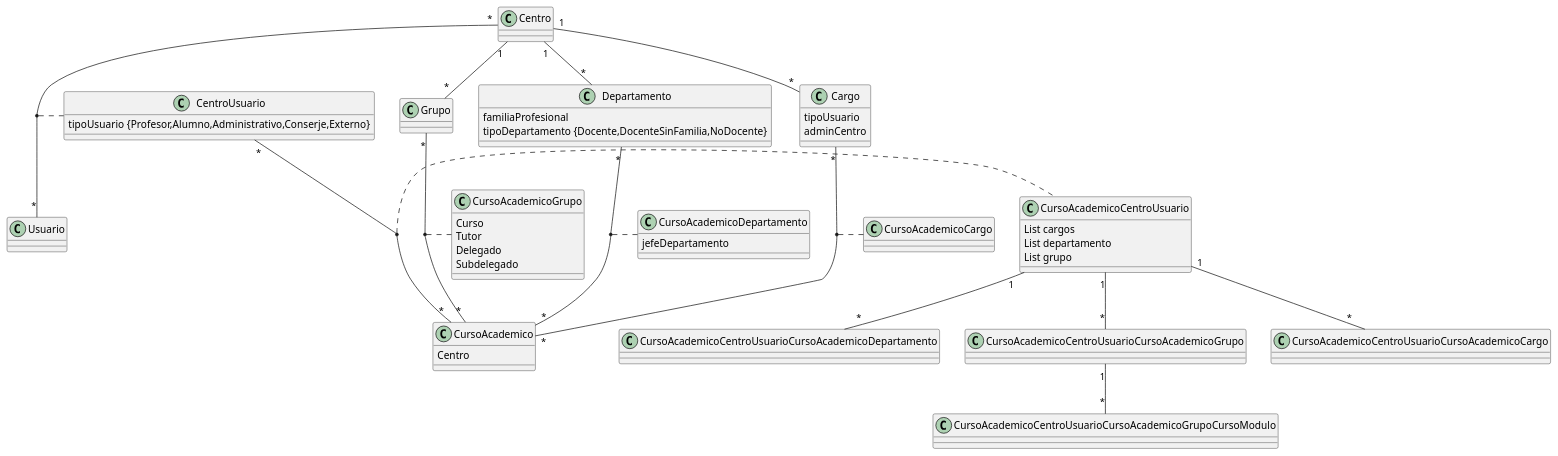
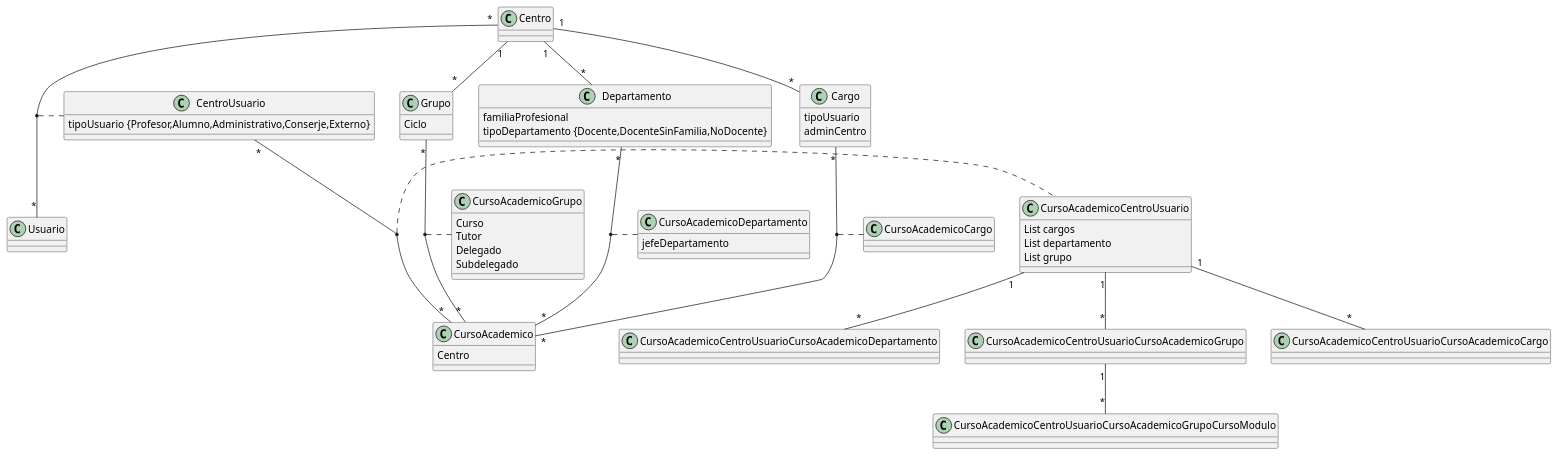
One commit to educaflow/pruebasCesar changed the diagram in src/main/java/com/educaflow/apps/configuracioncentro/domain/tablas.plantuml. Above: the diagram before and after it, drawn with PlantUML. The commit also changed 49 other files, not shown here.

```diff
--- a/src/main/java/com/educaflow/apps/configuracioncentro/domain/tablas.plantuml
+++ b/src/main/java/com/educaflow/apps/configuracioncentro/domain/tablas.plantuml
@@ -1,68 +1,68 @@
 Centro "1" -- "*" Departamento
 Centro "1" -- "*" Cargo
 Centro "1" -- "*" Grupo
 Centro "*" -- "*" Usuario
 (Centro, Usuario) . CentroUsuario
 
 
 Departamento "*" -- "*" CursoAcademico
 (Departamento, CursoAcademico) . CursoAcademicoDepartamento
 
 
 Cargo "*" -- "*" CursoAcademico
 (Cargo, CursoAcademico) . CursoAcademicoCargo
 
 
 Grupo "*" -- "*" CursoAcademico
 (Grupo, CursoAcademico) . CursoAcademicoGrupo
 
 CentroUsuario "*" -- "*" CursoAcademico
 (CentroUsuario, CursoAcademico) . CursoAcademicoCentroUsuario
 
 class CentroUsuario {
     tipoUsuario {Profesor,Alumno,Administrativo,Conserje,Externo}
 }
 
 class Cargo {
     tipoUsuario
     adminCentro
 }
 
 class Departamento {
     familiaProfesional
     tipoDepartamento {Docente,DocenteSinFamilia,NoDocente}
 }
 
 class CursoAcademico {
   Centro
 }
 
 class CursoAcademicoGrupo {
   Curso
   Tutor
   Delegado
   Subdelegado
 }
 
 class Grupo {
-
+  Ciclo
 }
 
 
 class CursoAcademicoDepartamento {
     jefeDepartamento
 }
 
 class CursoAcademicoCentroUsuario {
     List cargos
     List departamento
     List grupo
 }
 
 CursoAcademicoCentroUsuario "1" -- "*" CursoAcademicoCentroUsuarioCursoAcademicoCargo
 
 CursoAcademicoCentroUsuario "1" -- "*" CursoAcademicoCentroUsuarioCursoAcademicoDepartamento
 
 CursoAcademicoCentroUsuario "1" -- "*" CursoAcademicoCentroUsuarioCursoAcademicoGrupo
 
 CursoAcademicoCentroUsuarioCursoAcademicoGrupo "1" -- "*" CursoAcademicoCentroUsuarioCursoAcademicoGrupoCursoModulo
```
